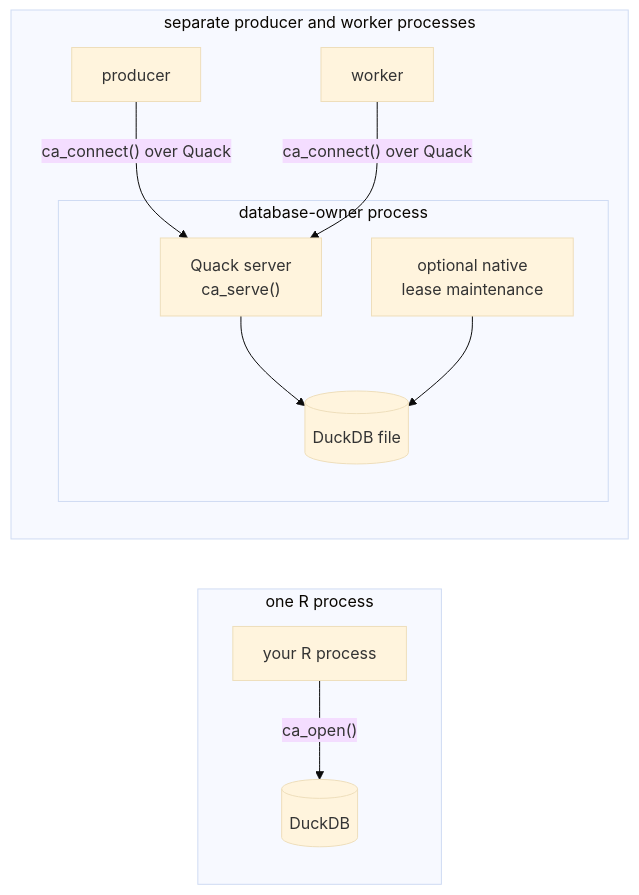
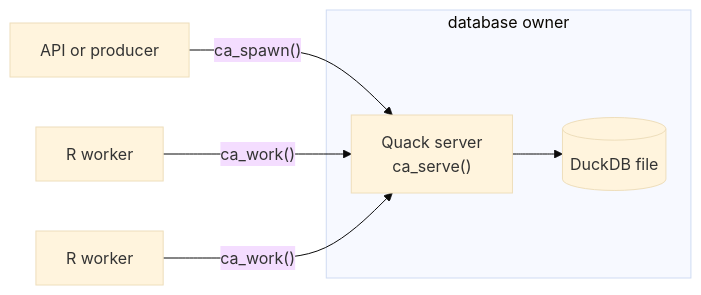
One commit to RGenomicsETL/CanardAbsurd changed the diagram in README.Rmd. Above: the diagram before and after it, drawn with Mermaid (base theme). The commit also changed other lines of this file and 7 other files, not shown here.

````diff
--- a/README.Rmd
+++ b/README.Rmd
@@ -102,14 +52,9 @@
 ```mermaid
 flowchart LR
-  subgraph Local["one R process"]
-    LocalR["your R process"] -->|"ca_open()"| LocalDB[("DuckDB")]
-  end
-  subgraph Shared["separate producer and worker processes"]
-    Producer["producer"] -->|"ca_connect() over Quack"| Server
-    Worker["worker"] -->|"ca_connect() over Quack"| Server
-    subgraph Owner["database-owner process"]
-      Server["Quack server<br/>ca_serve()"] --> SharedDB[("DuckDB file")]
-      Maintenance["optional native<br/>lease maintenance"] --> SharedDB
-    end
+  Producer["API or producer"] -->|"ca_spawn()"| Server
+  Worker1["R worker"] -->|"ca_work()"| Server
+  Worker2["R worker"] -->|"ca_work()"| Server
+  subgraph Owner["database owner"]
+    Server["Quack server<br/>ca_serve()"] --> DB[("DuckDB file")]
   end
 ```
````
